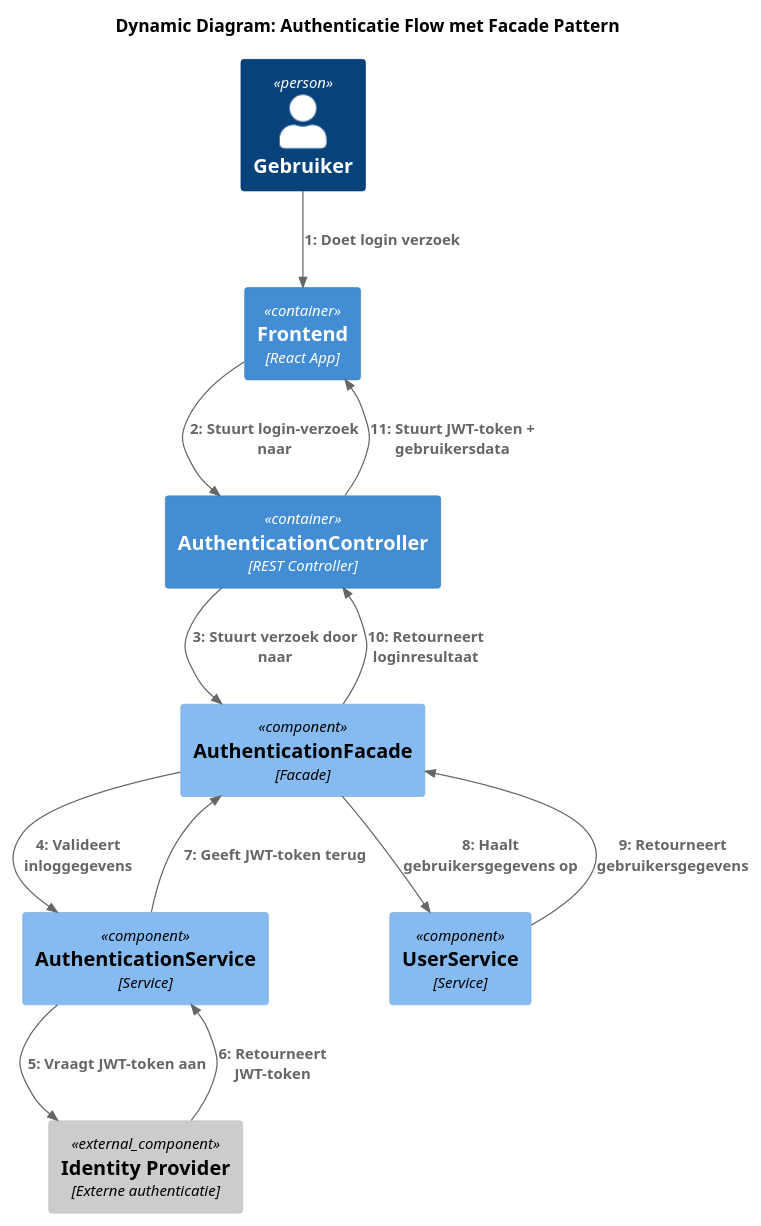
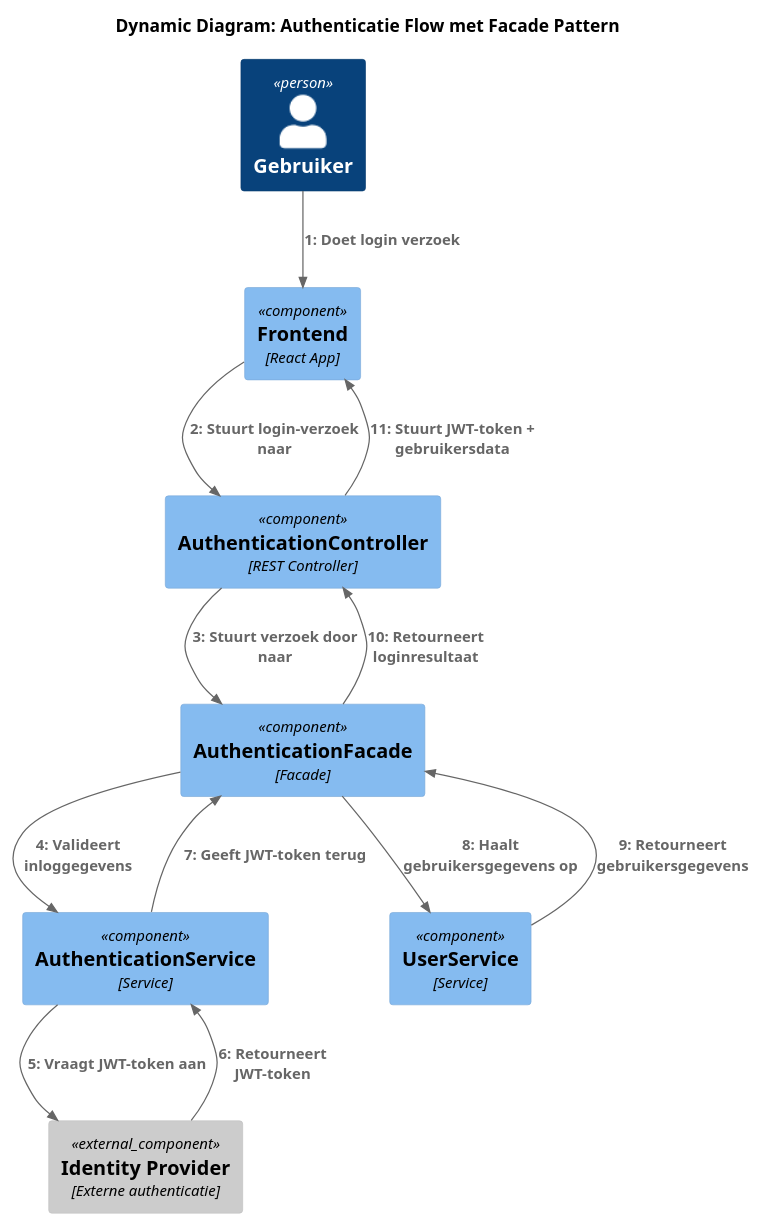
One commit to AIM-ENE-feb25/triptop-peak-performers-groep-1 changed the diagram in taha/Component- en Klassediagram ontwerpvraag/dynamisch_diagram_facade.puml. Above: the diagram before and after it, drawn with PlantUML. The commit also changed 3 other files, not shown here.

Commit message:
diagrammen van taha aanpassingen

```diff
--- a/taha/Component- en Klassediagram ontwerpvraag/dynamisch_diagram_facade.puml
+++ b/taha/Component- en Klassediagram ontwerpvraag/dynamisch_diagram_facade.puml
@@ -1,32 +1,32 @@
 @startuml
 !include <C4/C4_Dynamic>
 
 title Dynamic Diagram: Authenticatie Flow met Facade Pattern
 
 Person(user, "Gebruiker")
 
-Container(frontend, "Frontend", "React App")
+Component(frontend, "Frontend", "React App")
 
-Container(controller, "AuthenticationController", "REST Controller")
+Component(controller, "AuthenticationController", "REST Controller")
 Component(authenticationFacade, "AuthenticationFacade", "Facade")
 Component(authenticationService, "AuthenticationService", "Service")
 Component(userService, "UserService", "Service")
 Component_Ext(identityProvider, "Identity Provider", "Externe authenticatie")
 
 Rel(user, frontend, "Doet login verzoek")
 Rel(frontend, controller, "Stuurt login-verzoek naar")
 
 Rel(controller, authenticationFacade, "Stuurt verzoek door naar")
 
 Rel(authenticationFacade, authenticationService, "Valideert inloggegevens")
 Rel(authenticationService, identityProvider, "Vraagt JWT-token aan")
 Rel(identityProvider, authenticationService, "Retourneert JWT-token")
 Rel(authenticationService, authenticationFacade, "Geeft JWT-token terug")
 
 Rel(authenticationFacade, userService, "Haalt gebruikersgegevens op")
 Rel(userService, authenticationFacade, "Retourneert gebruikersgegevens")
 
 Rel(authenticationFacade, controller, "Retourneert loginresultaat")
 Rel(controller, frontend, "Stuurt JWT-token + gebruikersdata")
 
 @enduml
```
